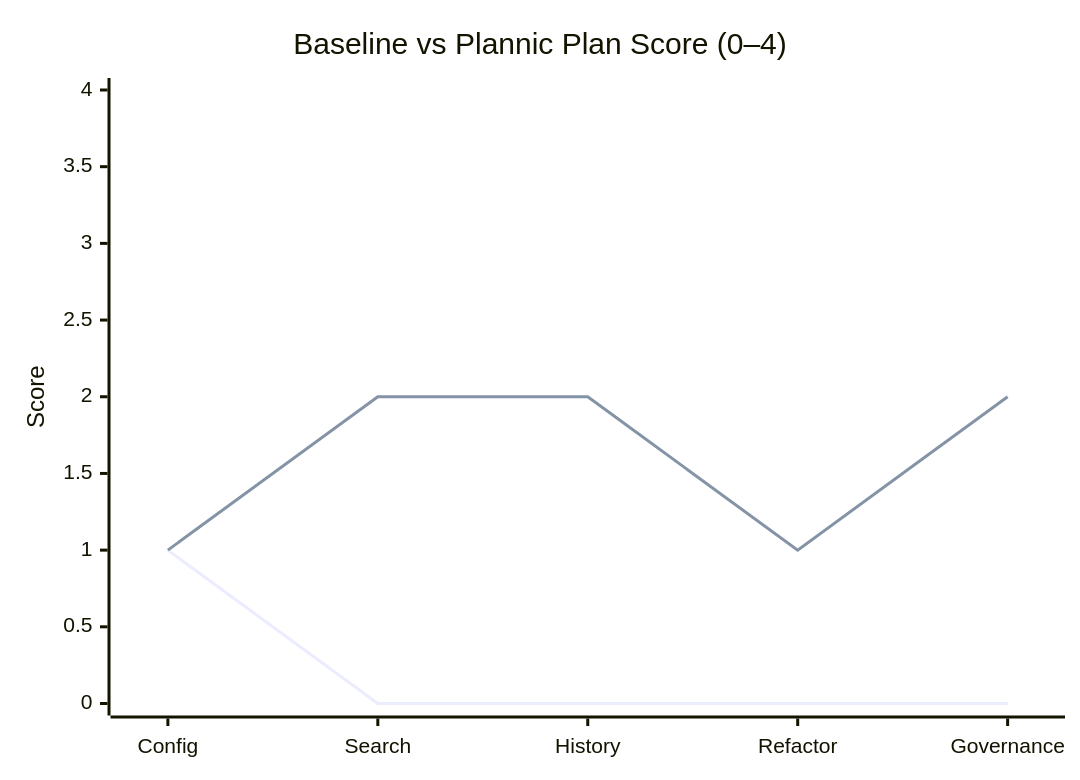
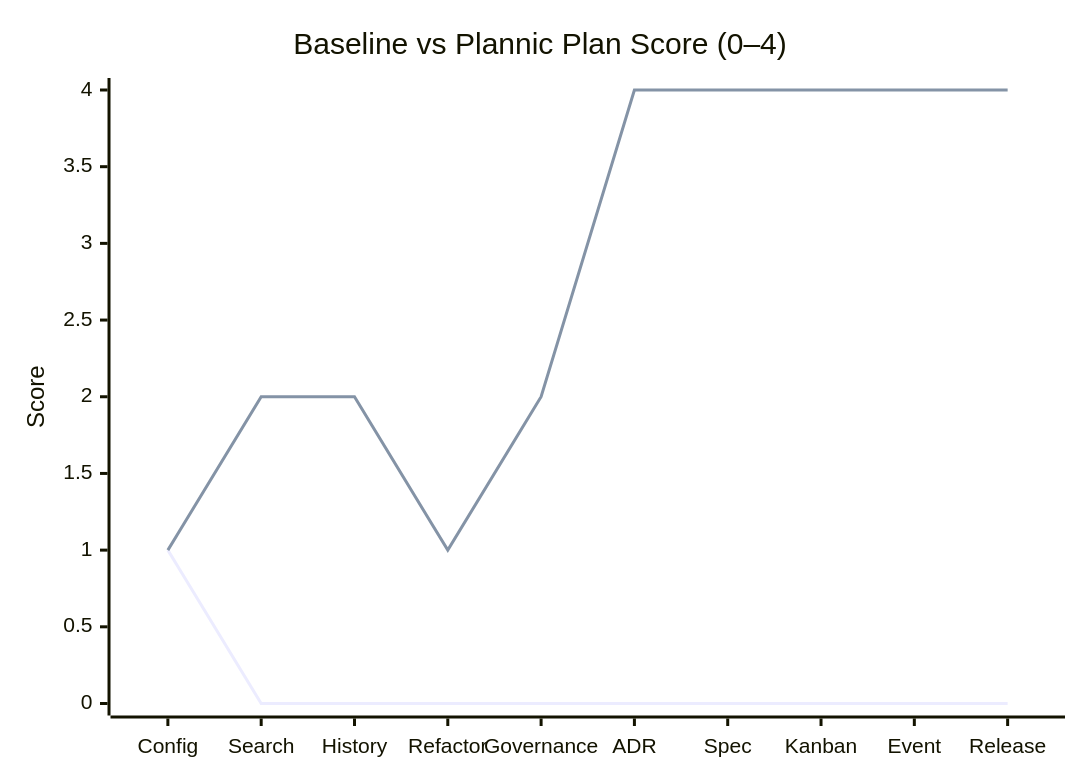
One commit to JustALearner101/Plannic changed the second of 2 diagrams in README.md. Above: the diagram before and after it, drawn with Mermaid. The commit also changed other lines of this file and 77 other files, not shown here.

````diff
--- a/README.md
+++ b/README.md
@@ -308,8 +331,8 @@
 ```mermaid
 xychart-beta
     title "Baseline vs Plannic Plan Score (0–4)"
-    x-axis [Config, Search, History, Refactor, Governance]
+    x-axis [Config, Search, History, Refactor, Governance, ADR, Spec, Kanban, Event, Release]
     y-axis "Score" 0 --> 4
-    line [1, 0, 0, 0, 0]
-    line [1, 2, 2, 1, 2]
+    line [1, 0, 0, 0, 0, 0, 0, 0, 0, 0]
+    line [1, 2, 2, 1, 2, 4, 4, 4, 4, 4]
 ```
````
